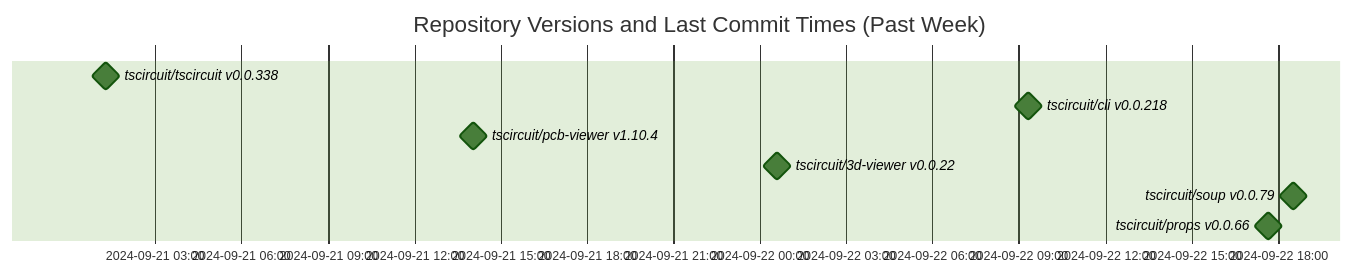
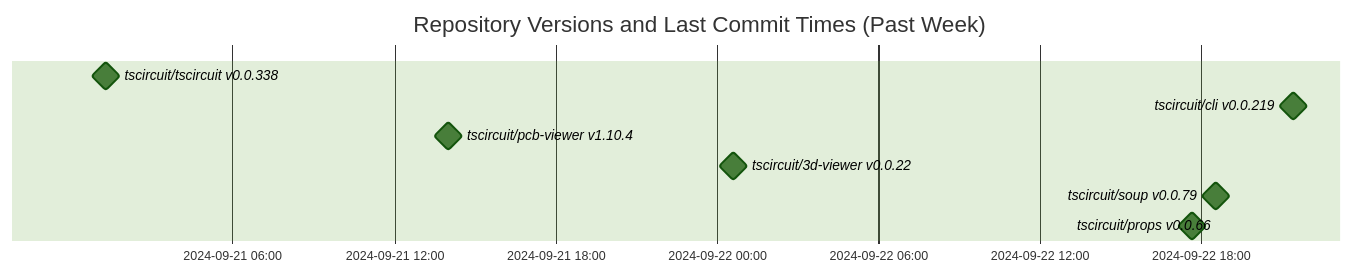
One commit to tscircuit/version-tracker changed the diagram in README.md. Above: the diagram before and after it, drawn with Mermaid (forest theme).

Commit message:
Update chart

````diff
--- a/README.md
+++ b/README.md
@@ -1,13 +1,13 @@
 ```mermaid
 gantt
   dateFormat  YYYY-MM-DD HH:mm:ss
   title Repository Versions and Last Commit Times (Past Week)
   axisFormat %Y-%m-%d %H:%M
 
   tscircuit/tscircuit v0.0.338 : milestone, 2024-09-21 01:17:43, 1s
-  tscircuit/cli v0.0.218 : milestone, 2024-09-22 09:20:51, 1s
+  tscircuit/cli v0.0.219 : milestone, 2024-09-22 21:24:48, 1s
   tscircuit/pcb-viewer v1.10.4 : milestone, 2024-09-21 14:02:34, 1s
   tscircuit/3d-viewer v0.0.22 : milestone, 2024-09-22 00:35:36, 1s
   tscircuit/soup v0.0.79 : milestone, 2024-09-22 18:31:50, 1s
   tscircuit/props v0.0.66 : milestone, 2024-09-22 17:38:44, 1s
 ```
````
